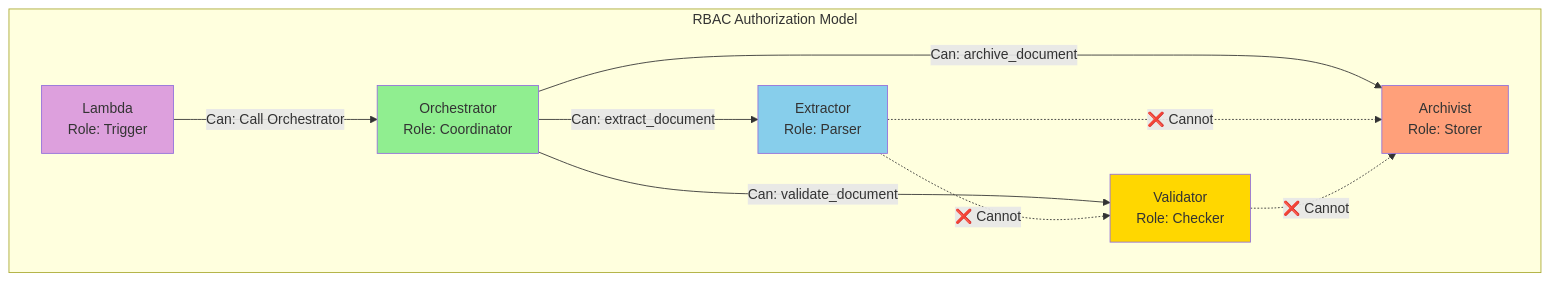
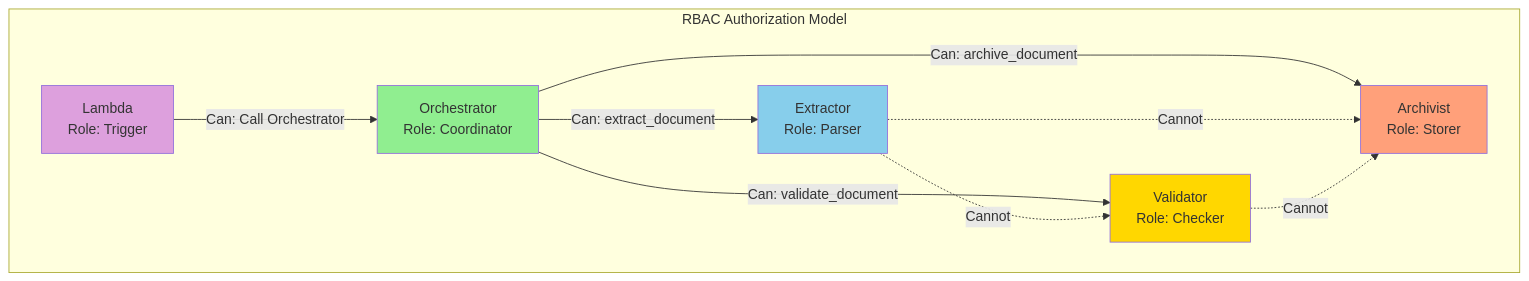
The third of 10 diagrams in TEST_SUITE_EXPLAINED.md (jaafar-benabderrazak/ca_a2a), drawn with Mermaid before and after one commit. The commit also changed other lines of this file and 19 other files, not shown here.

````diff
--- a/TEST_SUITE_EXPLAINED.md
+++ b/TEST_SUITE_EXPLAINED.md
@@ -165,20 +165,20 @@
 ```mermaid
 graph TB
-    subgraph "RBAC Authorization Model"
-        Lambda[Lambda<br/>Role: Trigger] -->|Can: Call Orchestrator| Orch[Orchestrator<br/>Role: Coordinator]
-        
-        Orch -->|Can: extract_document| Ext[Extractor<br/>Role: Parser]
-        Orch -->|Can: validate_document| Val[Validator<br/>Role: Checker]
-        Orch -->|Can: archive_document| Arch[Archivist<br/>Role: Storer]
-        
-        Ext -.->|❌ Cannot| Val
-        Ext -.->|❌ Cannot| Arch
-        Val -.->|❌ Cannot| Arch
-    end
-    
-    style Lambda fill:#DDA0DD
-    style Orch fill:#90EE90
-    style Ext fill:#87CEEB
-    style Val fill:#FFD700
-    style Arch fill:#FFA07A
+ subgraph "RBAC Authorization Model"
+ Lambda[Lambda<br/>Role: Trigger] -->|Can: Call Orchestrator| Orch[Orchestrator<br/>Role: Coordinator]
+ 
+ Orch -->|Can: extract_document| Ext[Extractor<br/>Role: Parser]
+ Orch -->|Can: validate_document| Val[Validator<br/>Role: Checker]
+ Orch -->|Can: archive_document| Arch[Archivist<br/>Role: Storer]
+ 
+ Ext -.->| Cannot| Val
+ Ext -.->| Cannot| Arch
+ Val -.->| Cannot| Arch
+ end
+ 
+ style Lambda fill:#DDA0DD
+ style Orch fill:#90EE90
+ style Ext fill:#87CEEB
+ style Val fill:#FFD700
+ style Arch fill:#FFA07A
 ```
````
